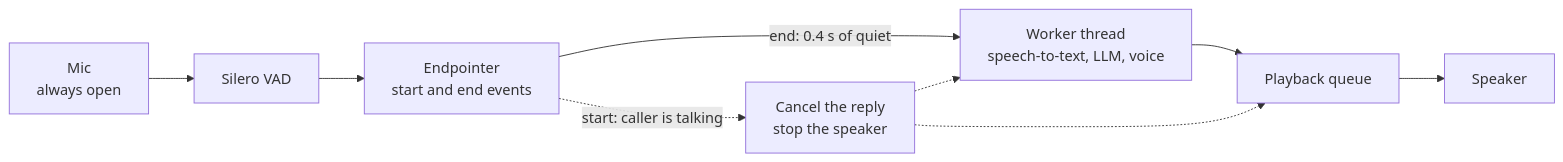
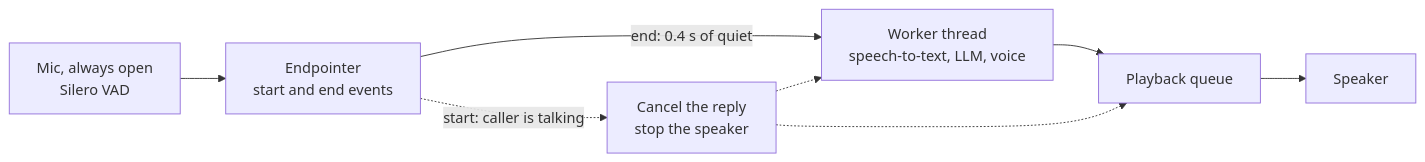
The fifth of 8 diagrams in README.md (captflag/AI-Voice-), drawn with Mermaid before and after one commit. The commit also changed other lines of this file, not shown here.

Commit message:
README: slim the phase 3 and phase 6 diagrams so they render larger

````diff
--- a/README.md
+++ b/README.md
@@ -146,11 +146,10 @@
 ```mermaid
 flowchart LR
-    mic["Mic<br/>always open"] --> vad["Silero VAD"]
-    vad --> ep["Endpointer<br/>start and end events"]
+    vad["Mic, always open<br/>Silero VAD"] --> ep["Endpointer<br/>start and end events"]
     ep -->|"end: 0.4 s of quiet"| worker["Worker thread<br/>speech-to-text, LLM, voice"]
     worker --> queue["Playback queue"]
     queue --> spk["Speaker"]
     ep -.->|"start: caller is talking"| cancel["Cancel the reply<br/>stop the speaker"]
     cancel -.-> worker
     cancel -.-> queue
 ```
````
